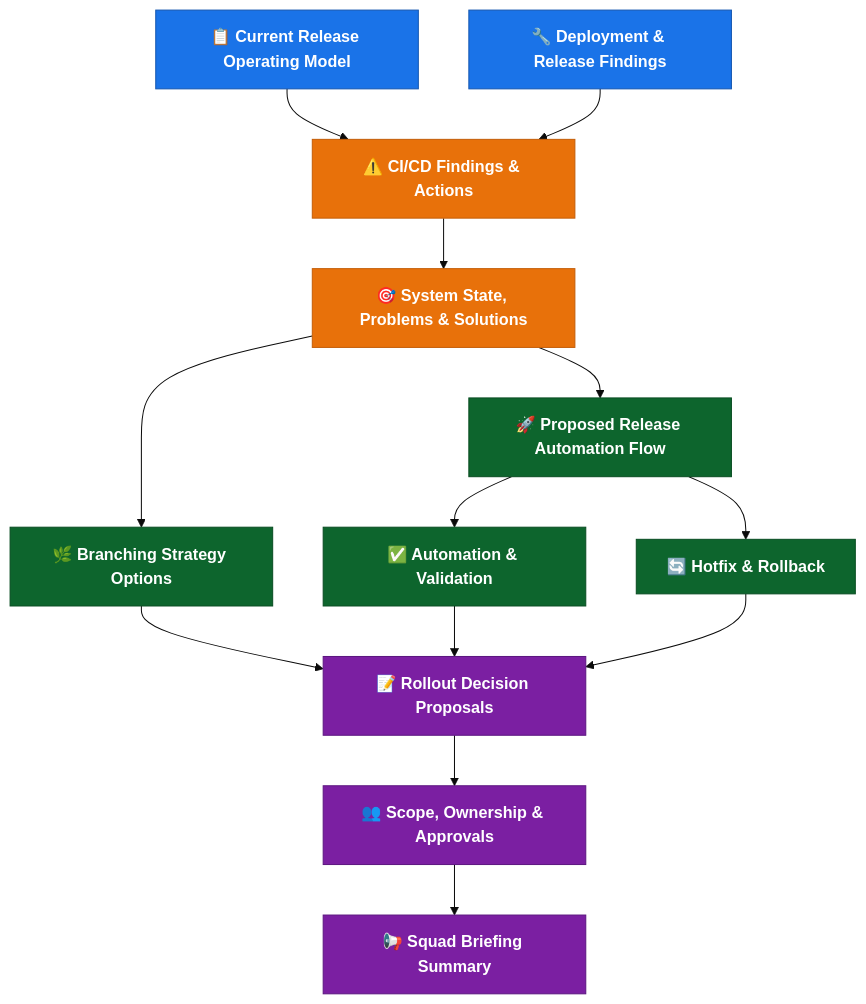
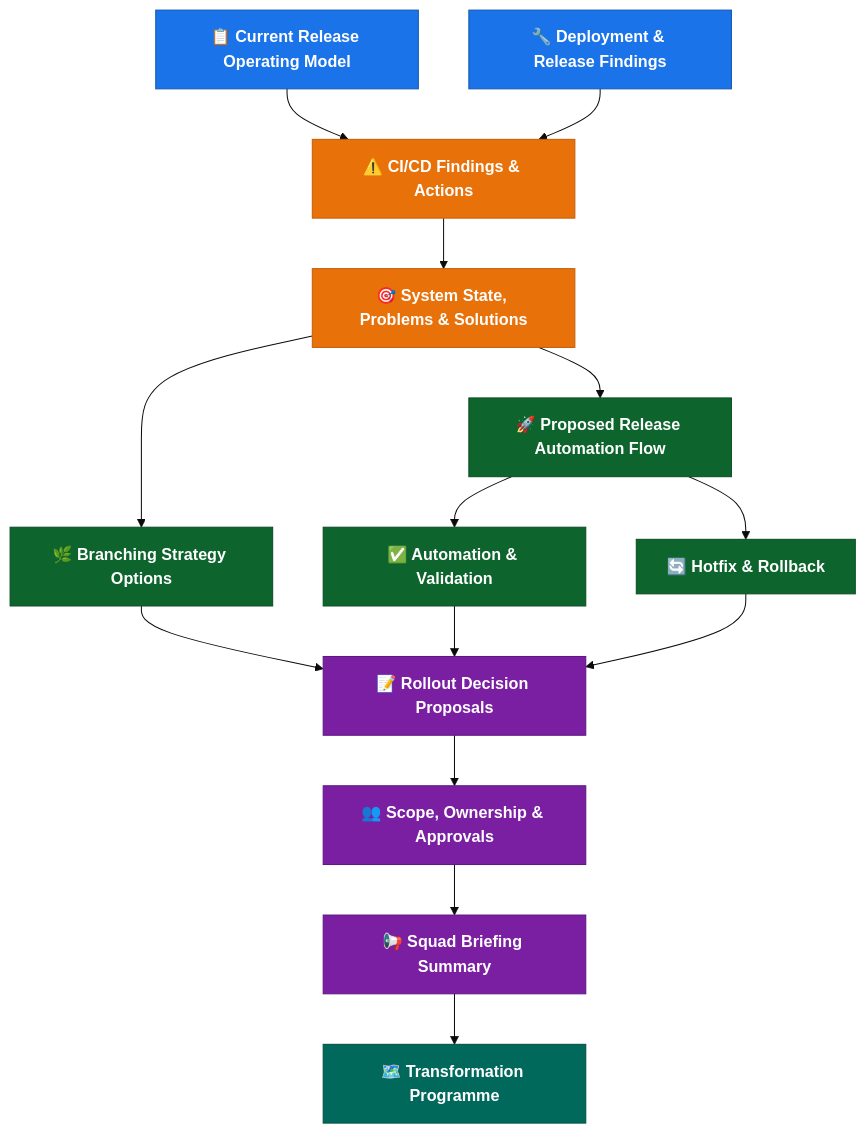
One commit to benanaktaspusulait/branching-strategy changed the first of 26 diagrams in COMPLETE-DOCUMENT.md. Above: the diagram before and after it, drawn with Mermaid. The commit also changed other lines of this file and 3 other files, not shown here.

````diff
--- a/COMPLETE-DOCUMENT.md
+++ b/COMPLETE-DOCUMENT.md
@@ -104,35 +104,40 @@
 ```mermaid
 %%{init: {'theme': 'base', 'themeVariables': {'primaryColor': '#4a90d9', 'primaryTextColor': '#fff', 'primaryBorderColor': '#2c6fad', 'secondaryColor': '#f0f4f8', 'tertiaryColor': '#e8f5e9'}}}%%
 
 flowchart TD
   %% Layer 1
   A["📋 Current Release Operating Model"]:::current
   B["🔧 Deployment & Release Findings"]:::current
 
   %% Layer 2
   C["⚠️ CI/CD Findings & Actions"]:::problem
   D["🎯 System State, Problems & Solutions"]:::problem
 
   %% Layer 3
   E["🚀 Proposed Release Automation Flow"]:::solution
   F["🌿 Branching Strategy Options"]:::solution
   G["✅ Automation & Validation"]:::solution
   H["🔄 Hotfix & Rollback"]:::solution
 
   %% Layer 4
   I["📝 Rollout Decision Proposals"]:::decision
   J["👥 Scope, Ownership & Approvals"]:::decision
   K["📢 Squad Briefing Summary"]:::decision
 
+  %% Layer 5
+  L["🗺️ Transformation Programme"]:::transform
+
   %% Relationships
   A & B --> C --> D
   D --> E & F
   E --> G & H
   F & G & H --> I
   I --> J --> K
+  K --> L
 
   classDef current fill:#1a73e8,stroke:#1557b0,color:#fff,font-weight:bold
   classDef problem fill:#e8710a,stroke:#c45d08,color:#fff,font-weight:bold
   classDef solution fill:#0d652d,stroke:#094d22,color:#fff,font-weight:bold
   classDef decision fill:#7b1fa2,stroke:#5c1680,color:#fff,font-weight:bold
+  classDef transform fill:#00695c,stroke:#004d40,color:#fff,font-weight:bold
 ```
````
